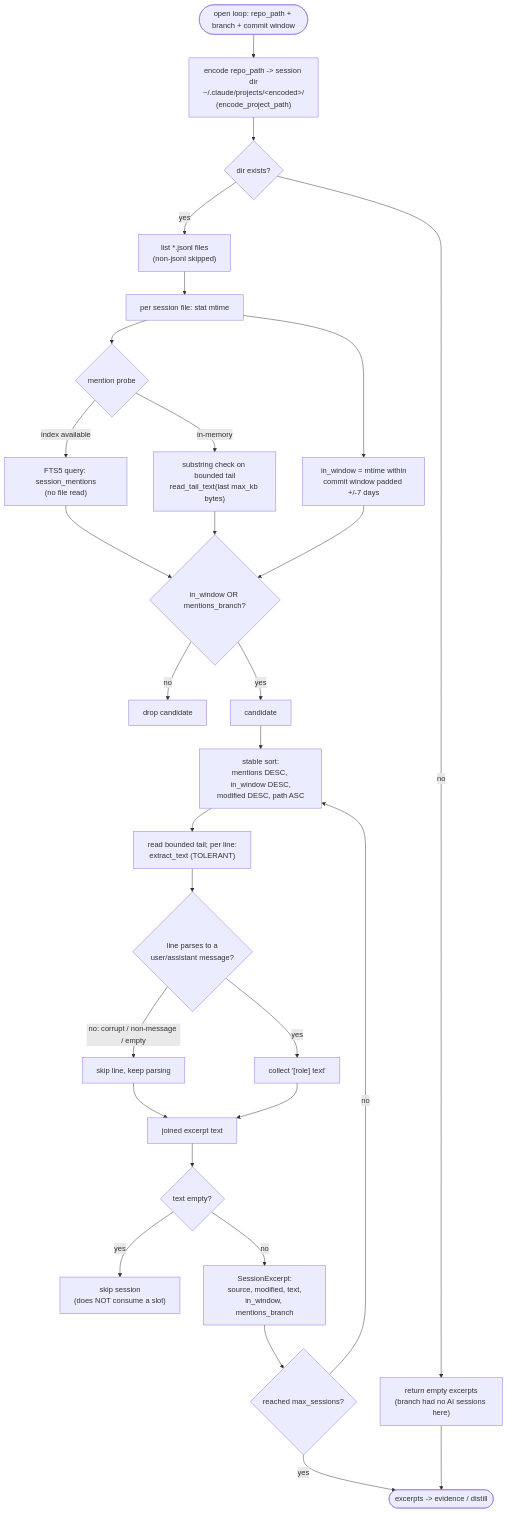
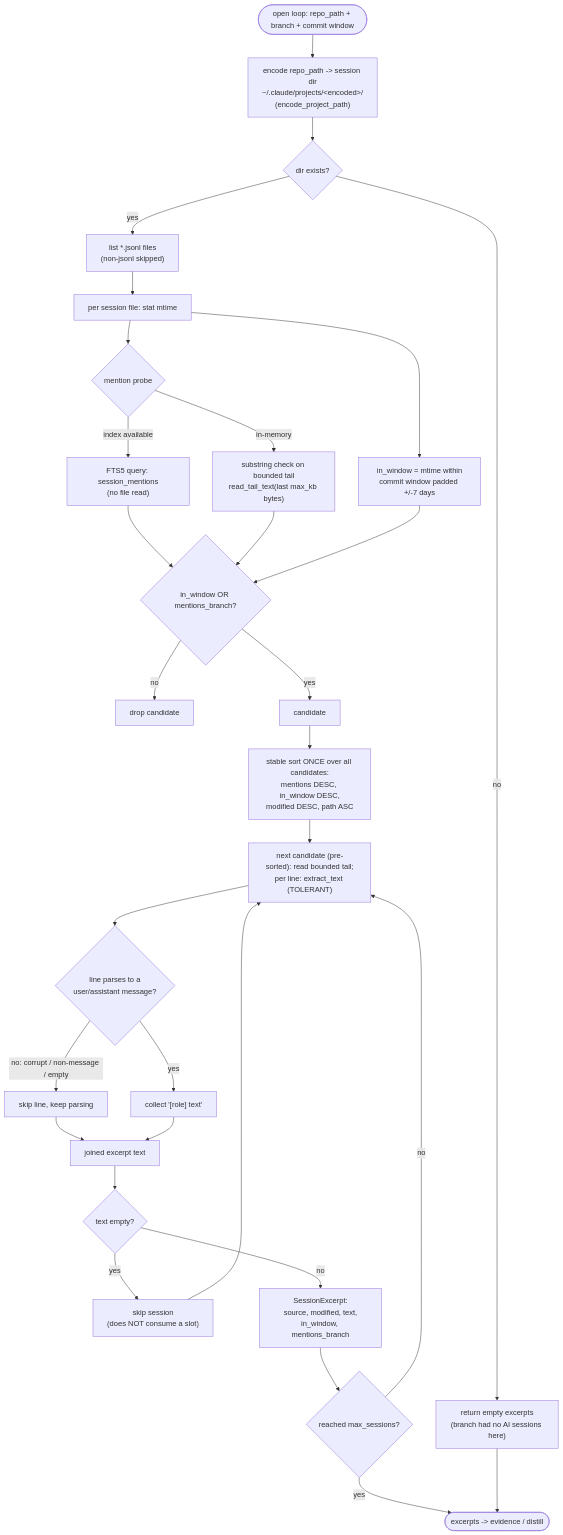
The diagram in docs/architecture/02-sessions-attribution.md (carvalhosauro/open-loops), drawn with Mermaid before and after one commit. The commit also changed other lines of this file, not shown here.

Commit message:
docs(arch): address review fixes for sessions-attribution

````diff
--- a/docs/architecture/02-sessions-attribution.md
+++ b/docs/architecture/02-sessions-attribution.md
@@ -112,33 +112,34 @@
 ```mermaid
 flowchart TD
     open([open loop: repo_path + branch + commit window]) --> enc["encode repo_path -> session dir<br/>~/.claude/projects/&lt;encoded&gt;/<br/>(encode_project_path)"]
     enc --> exists{dir exists?}
     exists -->|no| empty["return empty excerpts<br/>(branch had no AI sessions here)"]
     exists -->|yes| list["list *.jsonl files<br/>(non-jsonl skipped)"]
 
     list --> perfile["per session file: stat mtime"]
     perfile --> inwin["in_window = mtime within<br/>commit window padded +/-7 days"]
     perfile --> mention{"mention probe"}
     mention -->|index available| fts["FTS5 query: session_mentions<br/>(no file read)"]
     mention -->|in-memory| sub["substring check on bounded tail<br/>read_tail_text(last max_kb bytes)"]
     fts --> keep
     sub --> keep
     inwin --> keep{in_window OR mentions_branch?}
     keep -->|no| dropf["drop candidate"]
     keep -->|yes| cand["candidate"]
 
-    cand --> sort["stable sort:<br/>mentions DESC, in_window DESC,<br/>modified DESC, path ASC"]
-    sort --> parse["read bounded tail; per line:<br/>extract_text (TOLERANT)"]
+    cand --> sort["stable sort ONCE over all candidates:<br/>mentions DESC, in_window DESC,<br/>modified DESC, path ASC"]
+    sort --> parse["next candidate (pre-sorted): read bounded tail;<br/>per line: extract_text (TOLERANT)"]
     parse --> badline{line parses to a<br/>user/assistant message?}
     badline -->|no: corrupt / non-message / empty| skipline["skip line, keep parsing"]
     badline -->|yes| collect["collect '[role] text'"]
     skipline --> joined
     collect --> joined["joined excerpt text"]
     joined --> emptytext{text empty?}
     emptytext -->|yes| dropsession["skip session<br/>(does NOT consume a slot)"]
     emptytext -->|no| excerpt["SessionExcerpt:<br/>source, modified, text,<br/>in_window, mentions_branch"]
     excerpt --> cap{reached max_sessions?}
-    cap -->|no| sort
+    dropsession --> parse
+    cap -->|no| parse
     cap -->|yes| out([excerpts -> evidence / distill])
     empty --> out
 ```
````
